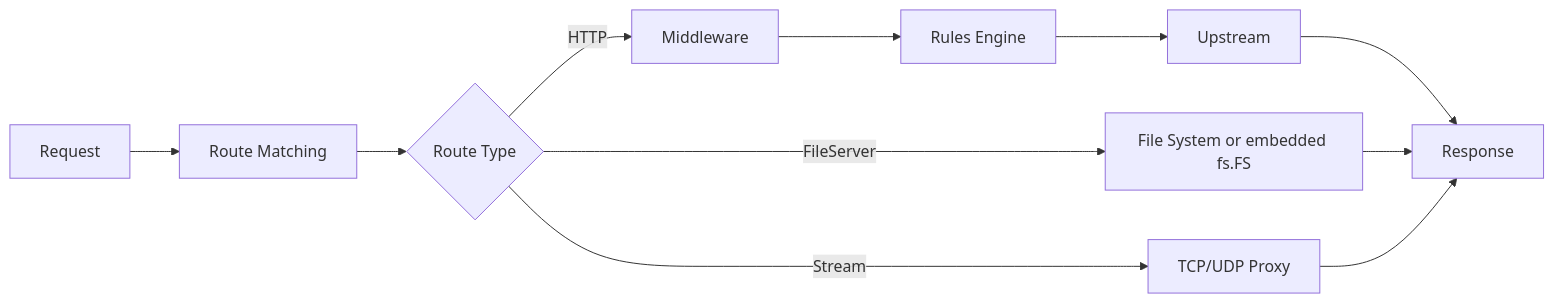
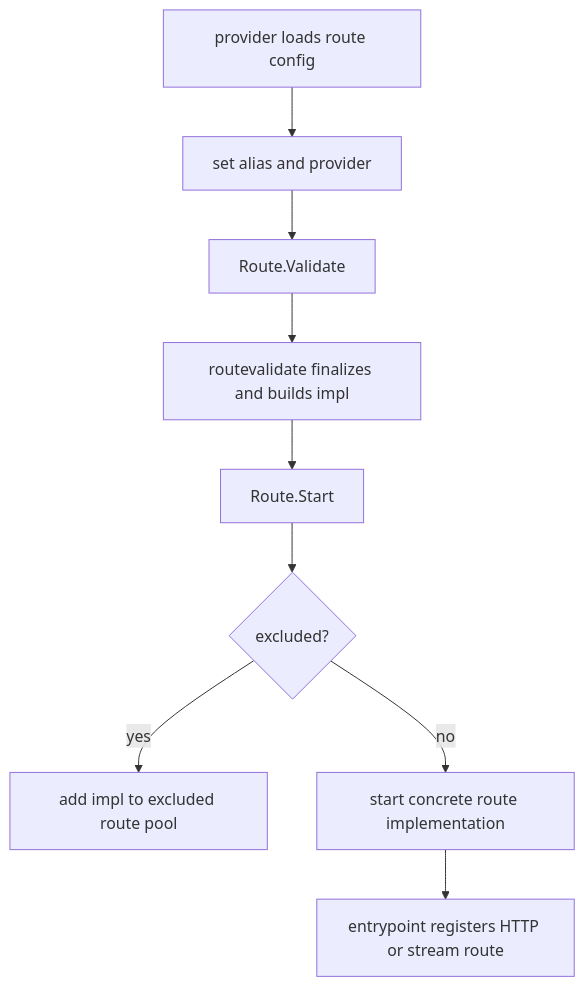
One commit to yusing/godoxy-wiki changed the diagram in content/docs/impl/internal-route.mdx. Above: the diagram before and after it, drawn with Mermaid. The commit also changed other lines of this file and 20 other files, not shown here.

````diff
--- a/content/docs/impl/internal-route.mdx
+++ b/content/docs/impl/internal-route.mdx
@@ -201,14 +95,11 @@
 ```mermaid
-flowchart LR
-    A[Request] --> B[Route Matching]
-    B --> C{Route Type}
-    C -->|HTTP| D[Middleware]
-    C -->|FileServer| E[File System or embedded fs.FS]
-    C -->|Stream| F[TCP/UDP Proxy]
-
-    D --> G[Rules Engine]
-    G --> H[Upstream]
-    H --> I[Response]
-    E --> I
-    F --> I
+flowchart TD
+    A[provider loads route config] --> B[set alias and provider]
+    B --> C[Route.Validate]
+    C --> D[routevalidate finalizes and builds impl]
+    D --> E[Route.Start]
+    E --> F{excluded?}
+    F -->|yes| G[add impl to excluded route pool]
+    F -->|no| H[start concrete route implementation]
+    H --> I[entrypoint registers HTTP or stream route]
 ```
````
